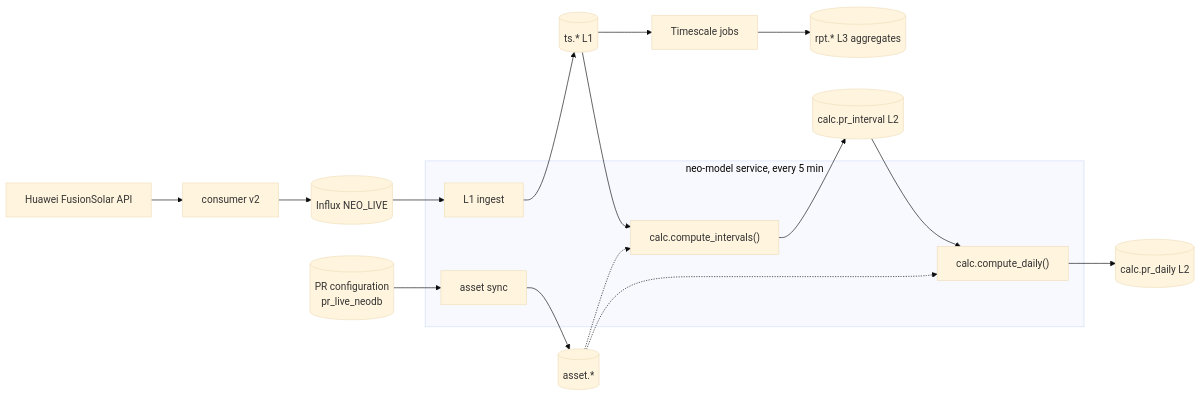
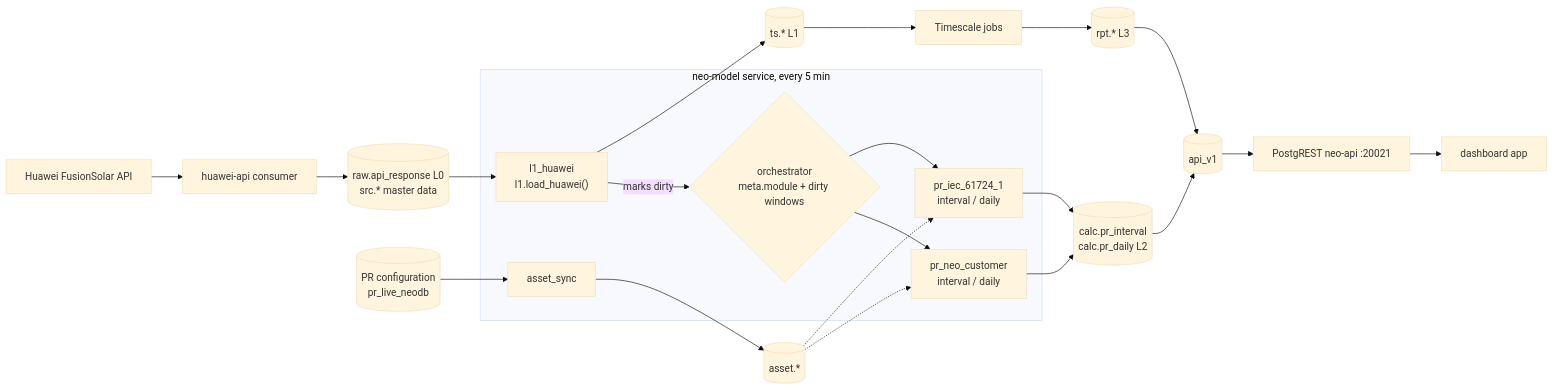
One commit to ralf100mark/neo-pr-next changed the second of 2 diagrams in docs/MODEL.md. Above: the diagram before and after it, drawn with Mermaid (base theme). The commit also changed other lines of this file and 20 other files, not shown here.

Commit message:
Pipeline B end to end: L0/src (010), l1_huawei (011, 017), module framework (012), api_v1 + PostgREST (013, 015-017), IEC v3 (014); service 0.3.1; docs

````diff
--- a/docs/MODEL.md
+++ b/docs/MODEL.md
@@ -44,18 +44,24 @@
 ```mermaid
 flowchart LR
-    HW[Huawei FusionSolar API] --> C[consumer v2] --> IF[(Influx NEO_LIVE)]
+    HW[Huawei FusionSolar API] --> C[huawei-api consumer]
+    C --> L0[(raw.api_response L0<br/>src.* master data)]
     CFG[(PR configuration<br/>pr_live_neodb)]
     subgraph svc [neo-model service, every 5 min]
-        AS[asset sync]
-        IN[L1 ingest]
-        CI["calc.compute_intervals()"]
-        CD["calc.compute_daily()"]
+        AS[asset_sync]
+        L1M["l1_huawei<br/>l1.load_huawei()"]
+        ORC{orchestrator<br/>meta.module + dirty windows}
+        M1["pr_iec_61724_1<br/>interval / daily"]
+        M2["pr_neo_customer<br/>interval / daily"]
     end
     CFG --> AS --> ASSET[(asset.*)]
-    IF --> IN --> TS[(ts.* L1)]
-    TS --> CI --> PI[(calc.pr_interval L2)]
-    PI --> CD --> PD[(calc.pr_daily L2)]
-    ASSET -.-> CI
-    ASSET -.-> CD
-    TS --> TJ[Timescale jobs] --> RPT[(rpt.* L3 aggregates)]
+    L0 --> L1M --> TS[(ts.* L1)]
+    L1M -- marks dirty --> ORC
+    ORC --> M1 --> PR[(calc.pr_interval<br/>calc.pr_daily L2)]
+    ORC --> M2 --> PR
+    ASSET -.-> M1
+    ASSET -.-> M2
+    TS --> TJ[Timescale jobs] --> RPT[(rpt.* L3)]
+    PR --> API[(api_v1)]
+    RPT --> API
+    API --> PG[PostgREST neo-api :20021] --> APP[dashboard app]
 ```
````
